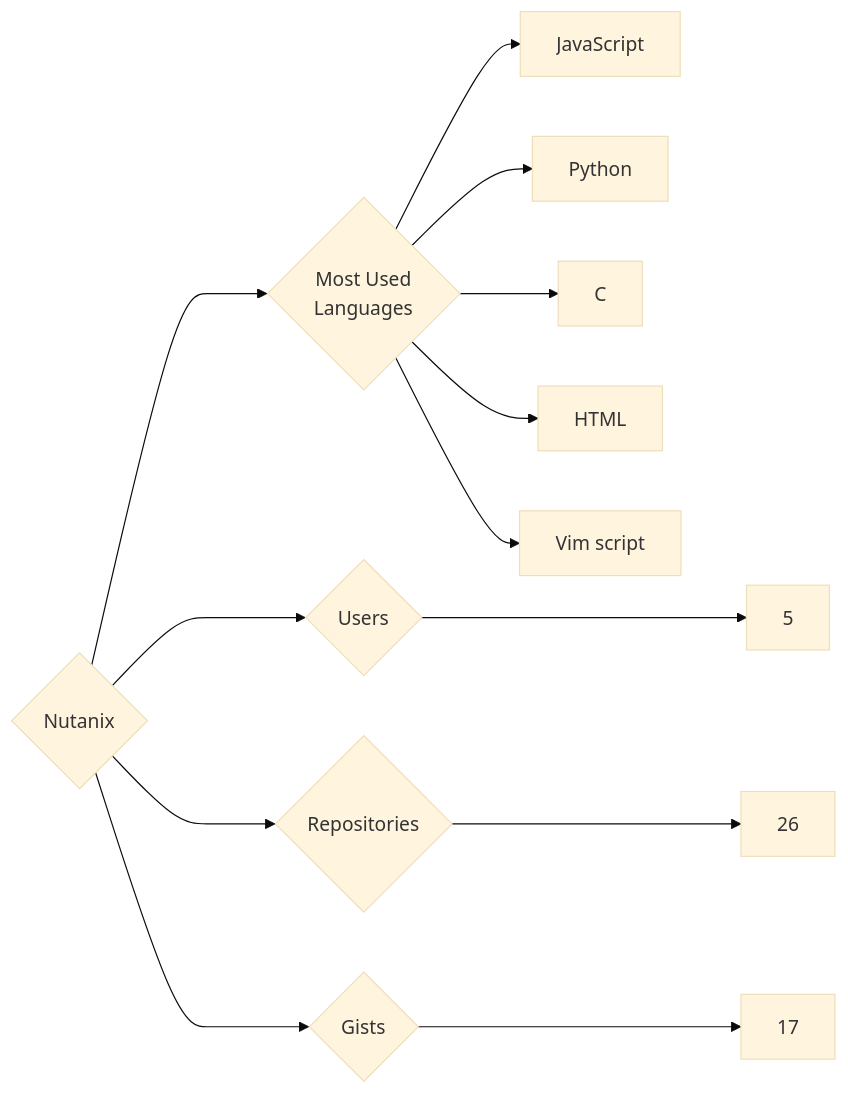
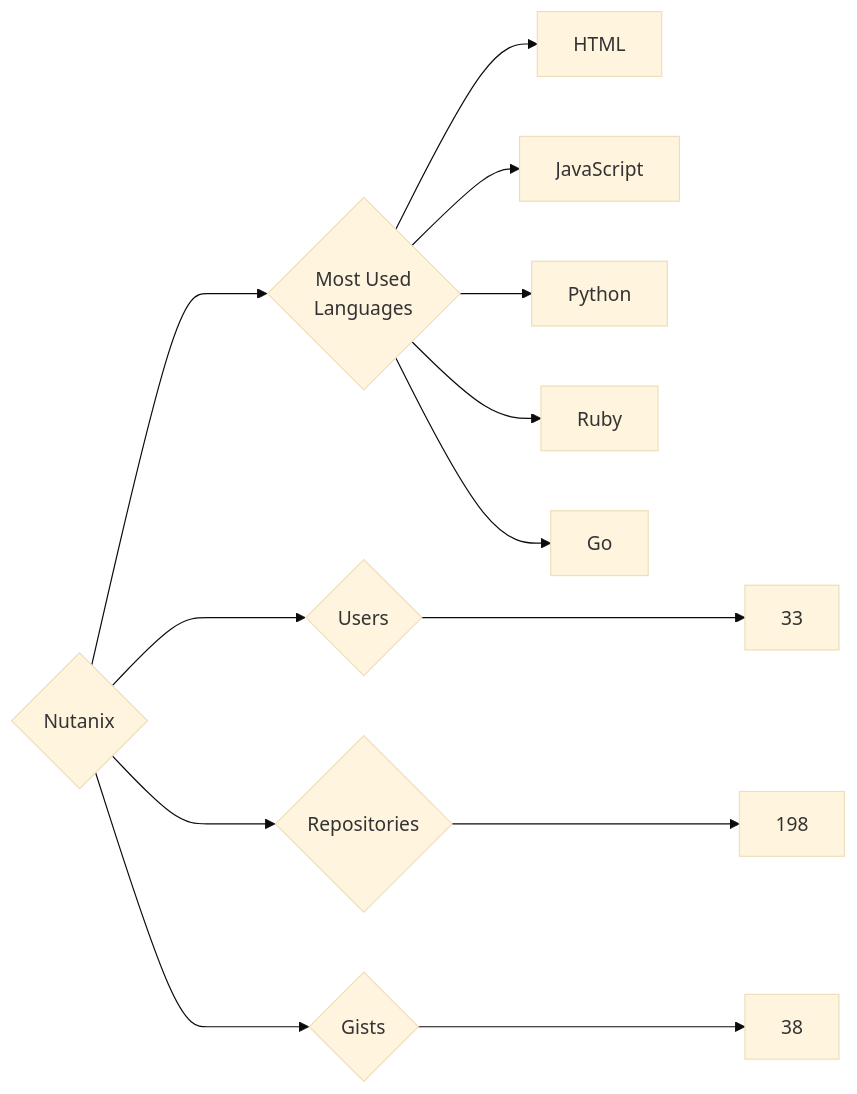
Before and after one commit to trickest/insiders: the diagram in targets/Nutanix/README.md, drawn with Mermaid (base theme). The commit also changed 1011 other files, not shown here.

````diff
--- a/targets/Nutanix/README.md
+++ b/targets/Nutanix/README.md
@@ -3,13 +3,13 @@
 ```mermaid
 graph LR
 COMPANY_NAME{Nutanix}
-COMPANY_NAME ---> U{Users} ---> UN[5]
-COMPANY_NAME ---> R{Repositories} ---> RN[26]
-COMPANY_NAME ---> G{Gists} ---> GN[17]
+COMPANY_NAME ---> U{Users} ---> UN[33]
+COMPANY_NAME ---> R{Repositories} ---> RN[198]
+COMPANY_NAME ---> G{Gists} ---> GN[38]
 COMPANY_NAME ---> ML{Most Used<br>Languages}
+ML --> HTML[HTML]
 ML --> JavaScript[JavaScript]
 ML --> Python[Python]
-ML --> C[C]
-ML --> HTML[HTML]
-ML --> Vim_script[Vim script]
+ML --> Ruby[Ruby]
+ML --> Go[Go]
 ```
````
